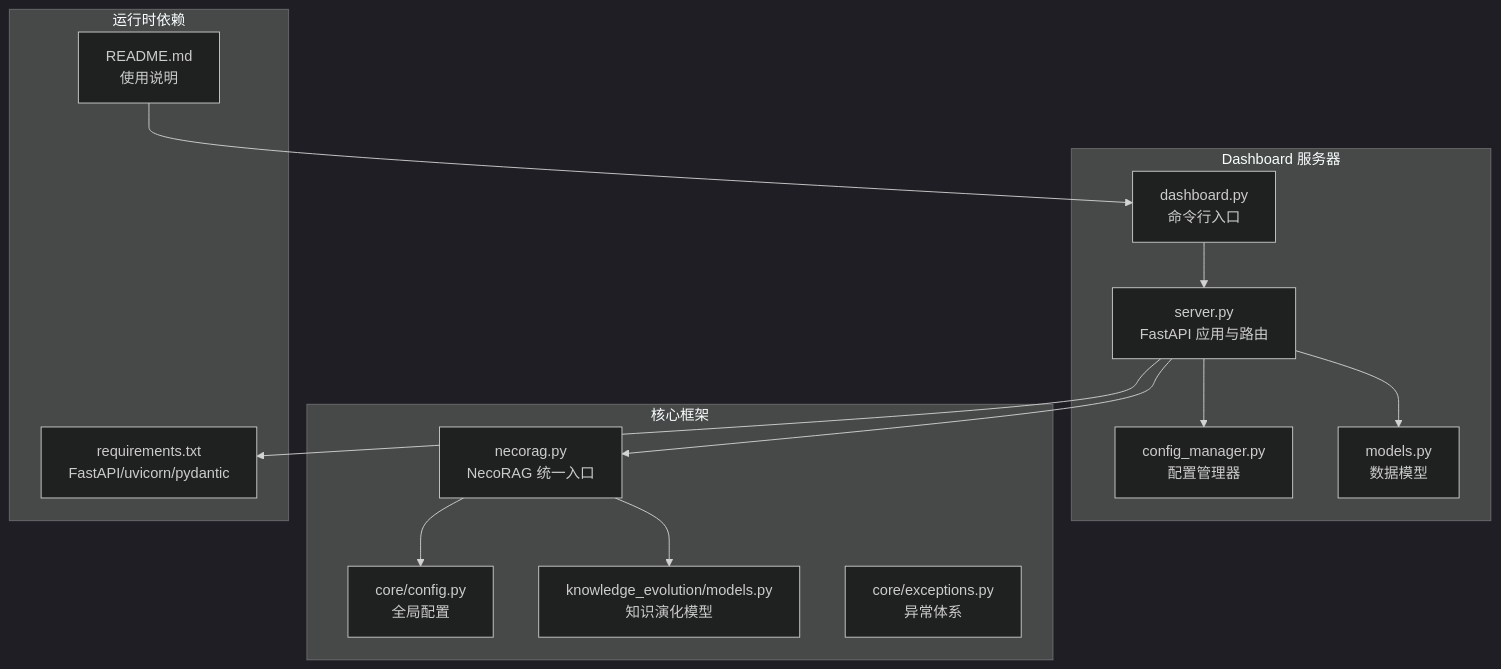
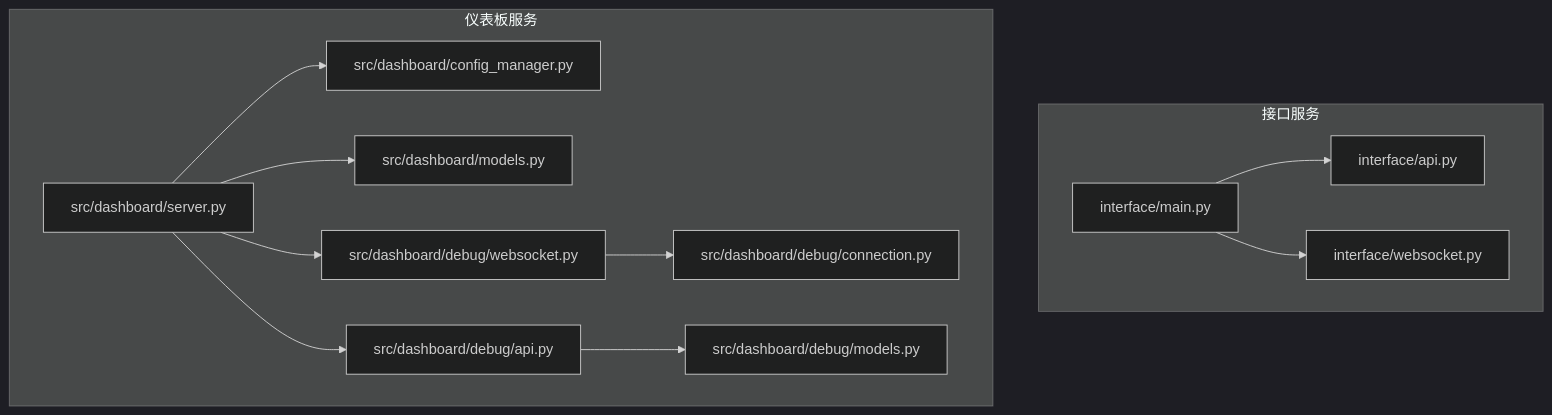
One commit to JieGaoPrinceton/NecoRAG changed the first of 9 diagrams in .qoder/repowiki/zh/content/仪表板系统/Web服务器.md. Above: the diagram before and after it, drawn with Mermaid (dark theme). The commit also changed other lines of this file and 181 other files, not shown here.

````diff
--- a/.qoder/repowiki/zh/content/仪表板系统/Web服务器.md
+++ b/.qoder/repowiki/zh/content/仪表板系统/Web服务器.md
@@ -39,27 +44,25 @@
 ```mermaid
 graph TB
-subgraph "Dashboard 服务器"
-S["server.py<br/>FastAPI 应用与路由"]
-CM["config_manager.py<br/>配置管理器"]
-M["models.py<br/>数据模型"]
-D["dashboard.py<br/>命令行入口"]
+subgraph "接口服务"
+IM["interface/main.py"]
+IA["interface/api.py"]
+IW["interface/websocket.py"]
+IM --> IA
+IM --> IW
 end
-subgraph "核心框架"
-NR["necorag.py<br/>NecoRAG 统一入口"]
-CFG["core/config.py<br/>全局配置"]
-KE["knowledge_evolution/models.py<br/>知识演化模型"]
-EX["core/exceptions.py<br/>异常体系"]
+subgraph "仪表板服务"
+DS["src/dashboard/server.py"]
+DC["src/dashboard/config_manager.py"]
+DM["src/dashboard/models.py"]
+DAPI["src/dashboard/debug/api.py"]
+DWS["src/dashboard/debug/websocket.py"]
+DCONN["src/dashboard/debug/connection.py"]
+DMD["src/dashboard/debug/models.py"]
+DS --> DC
+DS --> DM
+DS --> DAPI
+DS --> DWS
+DWS --> DCONN
+DAPI --> DMD
 end
-subgraph "运行时依赖"
-REQ["requirements.txt<br/>FastAPI/uvicorn/pydantic"]
-DOC["README.md<br/>使用说明"]
-end
-S --> CM
-S --> M
-S --> NR
-NR --> CFG
-NR --> KE
-S --> REQ
-D --> S
-DOC --> D
 ```
````
